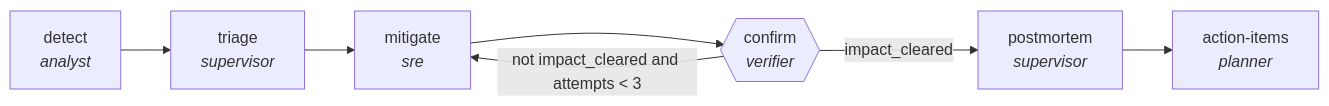
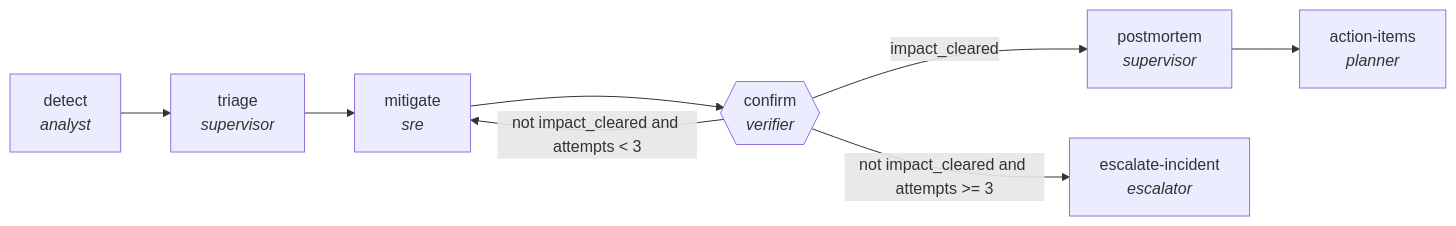
One commit to ypollak2/agenticgraphs changed the diagram in docs/traces/incident-lifecycle.md. Above: the diagram before and after it, drawn with Mermaid. The commit also changed 93 other files, not shown here.

First line of the commit message:
v1.8: eleven graphs can now say the work did not get done

````diff
--- a/docs/traces/incident-lifecycle.md
+++ b/docs/traces/incident-lifecycle.md
@@ -10,15 +10,17 @@
 ```mermaid
 flowchart LR
     N0["detect<br/><i>analyst</i>"]
     N1["triage<br/><i>supervisor</i>"]
     N2["mitigate<br/><i>sre</i>"]
     N3{{"confirm<br/><i>verifier</i>"}}
     N4["postmortem<br/><i>supervisor</i>"]
     N5["action-items<br/><i>planner</i>"]
+    N6["escalate-incident<br/><i>escalator</i>"]
     N0 --> N1
     N1 --> N2
     N2 --> N3
     N3 -->|not impact_cleared and attempts < 3| N2
     N3 -->|impact_cleared| N4
     N4 --> N5
+    N3 -->|not impact_cleared and attempts >= 3| N6
 ```
````
